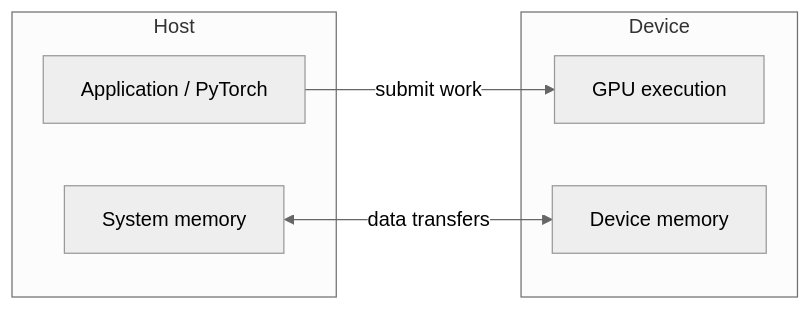
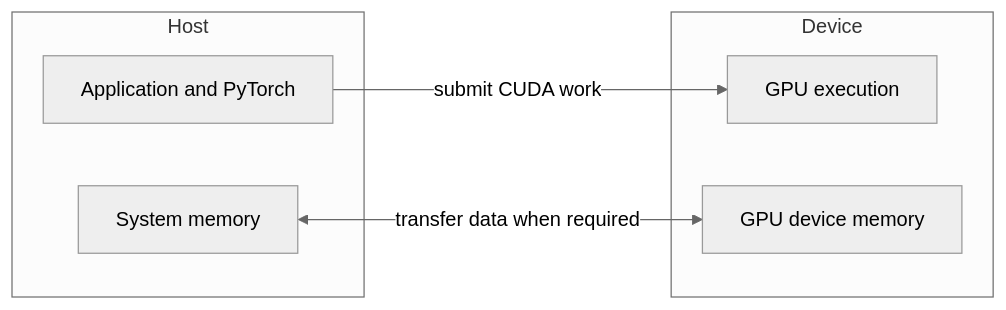
One commit to iqbalk89/Inference-Performance-Lab changed diagram 20 of 29 in curriculum/phase-01-gpu-inference-foundations/modules/01-gpu-architecture/lessons/01-computing-and-parallelism-foundations.md. Above: the diagram before and after it, drawn with Mermaid (neutral theme). The commit also changed other lines of this file and 2 other files, not shown here.

Commit message:
Clarify CPU GPU inference flow

````diff
--- a/curriculum/phase-01-gpu-inference-foundations/modules/01-gpu-architecture/lessons/01-computing-and-parallelism-foundations.md
+++ b/curriculum/phase-01-gpu-inference-foundations/modules/01-gpu-architecture/lessons/01-computing-and-parallelism-foundations.md
@@ -1049,13 +1462,13 @@
 ```mermaid
 flowchart LR
     subgraph Host
-      APP[Application / PyTorch]
-      RAM[System memory]
+      APP["Application and PyTorch"]
+      RAM["System memory"]
     end
     subgraph Device
-      GPU[GPU execution]
-      VRAM[Device memory]
+      GPU["GPU execution"]
+      VRAM["GPU device memory"]
     end
-    APP -- submit work --> GPU
-    RAM <-- data transfers --> VRAM
+    APP -- "submit CUDA work" --> GPU
+    RAM <-- "transfer data when required" --> VRAM
 ```
````
